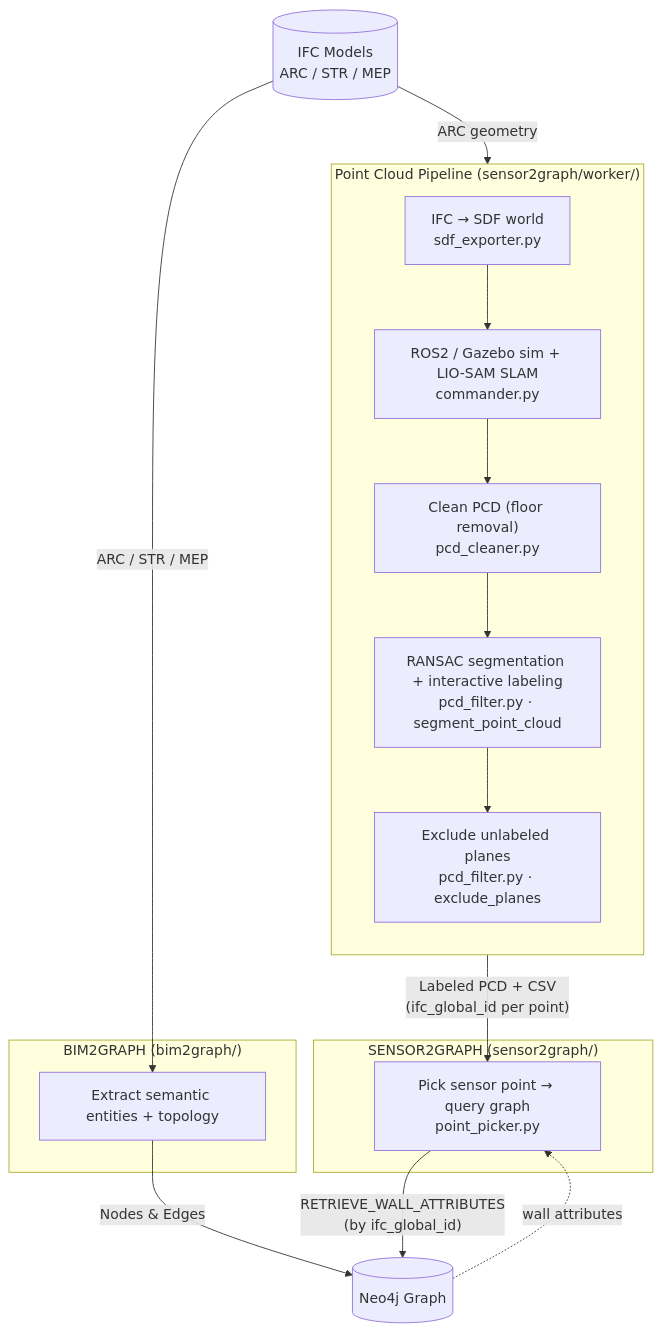
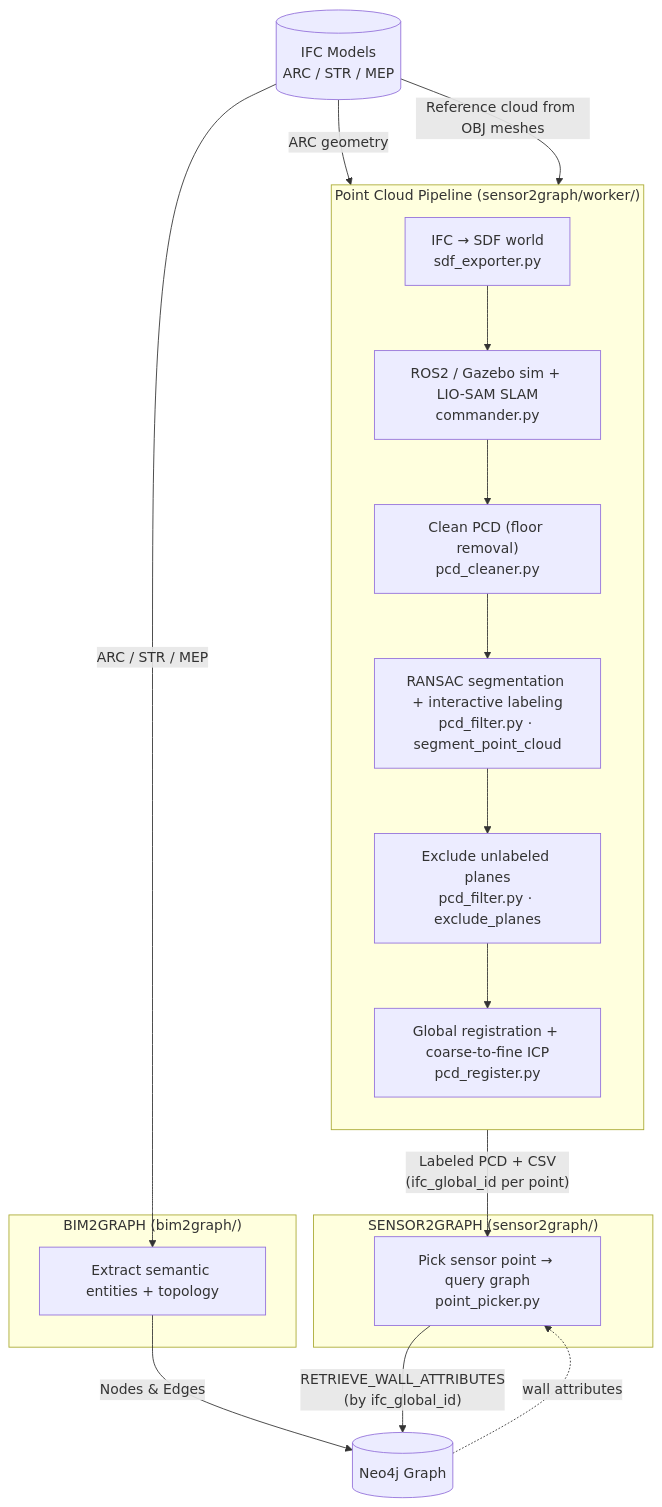
One commit to GunwoongBang/bim3dscenegraph changed the diagram in README.md. Above: the diagram before and after it, drawn with Mermaid. The commit also changed other lines of this file and 8 other files, not shown here.

````diff
--- a/README.md
+++ b/README.md
@@ -46,31 +51,33 @@
 ```mermaid
 flowchart TB
     IFC[("IFC Models\nARC / STR / MEP")]
 
     subgraph BIM2GRAPH["BIM2GRAPH  (bim2graph/)"]
         B2G["Extract semantic entities + topology"]
     end
 
     NEO4J[("Neo4j Graph")]
 
     subgraph PCP["Point Cloud Pipeline  (sensor2graph/worker/)"]
         direction TB
         SDF["IFC → SDF world\nsdf_exporter.py"]
         SIM["ROS2 / Gazebo sim + LIO-SAM SLAM\ncommander.py"]
         CLEAN["Clean PCD (floor removal)\npcd_cleaner.py"]
         SEG["RANSAC segmentation + interactive labeling\npcd_filter.py · segment_point_cloud"]
         EXC["Exclude unlabeled planes\npcd_filter.py · exclude_planes"]
-        SDF --> SIM --> CLEAN --> SEG --> EXC
+        REG["Global registration + coarse-to-fine ICP\npcd_register.py"]
+        SDF --> SIM --> CLEAN --> SEG --> EXC --> REG
     end
 
     subgraph SENSOR2GRAPH["SENSOR2GRAPH  (sensor2graph/)"]
         S2G["Pick sensor point → query graph\npoint_picker.py"]
     end
 
     IFC -->|ARC / STR / MEP| B2G
     B2G -->|"Nodes & Edges"| NEO4J
     IFC -->|ARC geometry| SDF
-    EXC -->|"Labeled PCD + CSV\n(ifc_global_id per point)"| S2G
+    IFC -->|"Reference cloud from OBJ meshes"| REG
+    REG -->|"Labeled PCD + CSV\n(ifc_global_id per point)"| S2G
     S2G -->|"RETRIEVE_WALL_ATTRIBUTES\n(by ifc_global_id)"| NEO4J
     NEO4J -.->|wall attributes| S2G
 ```
````
